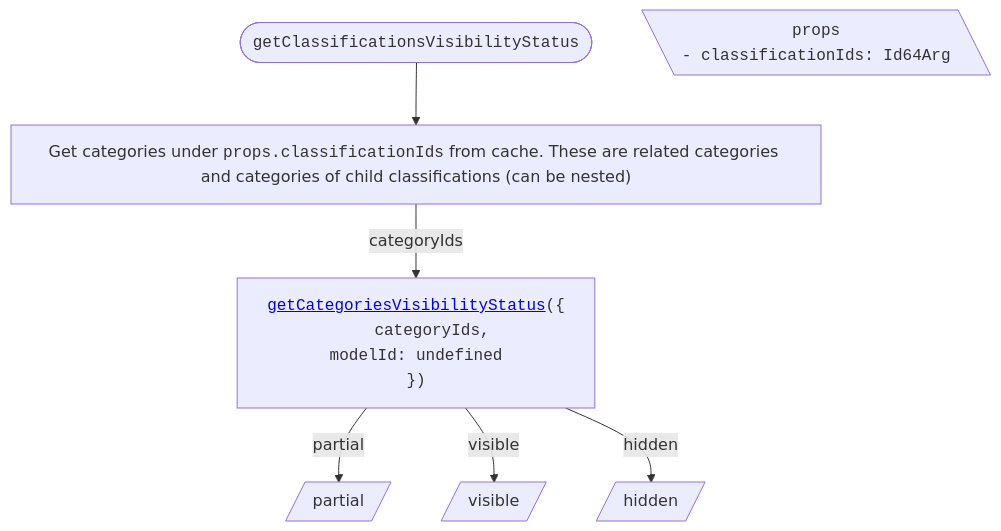
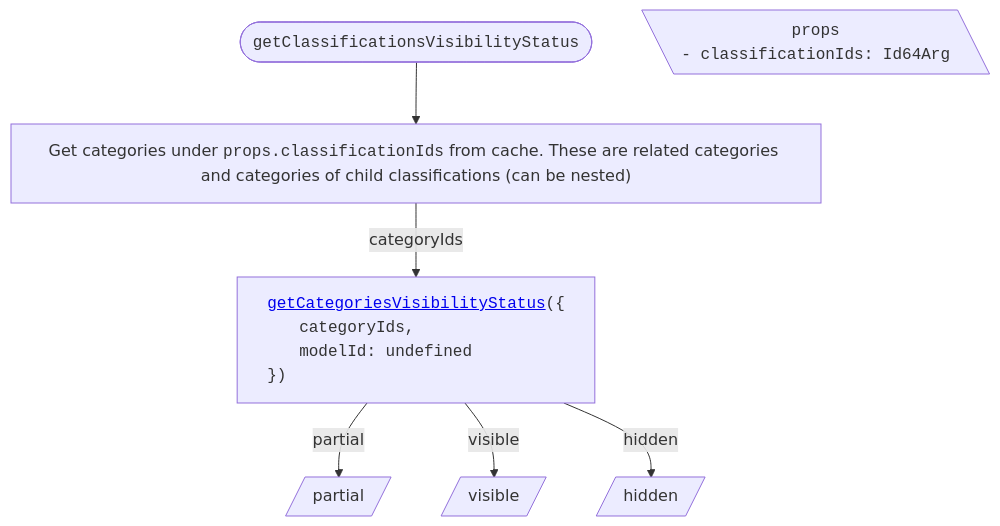
Before and after one commit to iTwin/viewer-components-react: the second of 4 diagrams in packages/itwin/tree-widget/docs/ClassificationsTreeVisibilityHandling.md, drawn with Mermaid. The commit also changed other lines of this file and 3 other files, not shown here.

````diff
--- a/packages/itwin/tree-widget/docs/ClassificationsTreeVisibilityHandling.md
+++ b/packages/itwin/tree-widget/docs/ClassificationsTreeVisibilityHandling.md
@@ -62,31 +62,31 @@
 ```mermaid
 ---
 config:
   flowchart:
     wrappingWidth: 750
     useMaxWidth: false
 ---
 
 flowchart TD
   RESULT_Partial[/partial/]
   RESULT_Visible[/visible/]
   RESULT_Hidden[/hidden/]
 
   %% Start
   TITLE(["<code>getClassificationsVisibilityStatus</code>"]) --> A["Get categories under <code>props.classificationIds</code> from cache. These are related categories and categories of child classifications (can be nested)"]
 
   PROPS[\"
     <code>props</code>
-    <code style='text-align: left;'>- classificationIds: Id64Arg</code>
+    <code style='display: block; text-align: left;'>- classificationIds: Id64Arg</code>
   "\]
 
-  A -- categoryIds --> B["<code style='text-align: left;'><a href='./SharedVisibilityHandling.md#getcategoriesvisibilitystatus'>getCategoriesVisibilityStatus</a>({
-  <code style='padding-left: 2rem'>categoryIds,
-  modelId: undefined</code>
+  A -- categoryIds --> B["<code style='display: block; text-align: left;'><a href='./SharedVisibilityHandling.md#getcategoriesvisibilitystatus'>getCategoriesVisibilityStatus</a>({
+  <code style='padding-left: 2rem'>categoryIds,</code>
+  <code style='padding-left: 2rem'>modelId: undefined</code>
   })</code>"]
 
   %% Results
   B -- partial --> RESULT_Partial
   B -- visible --> RESULT_Visible
   B -- hidden --> RESULT_Hidden
 ```
````
